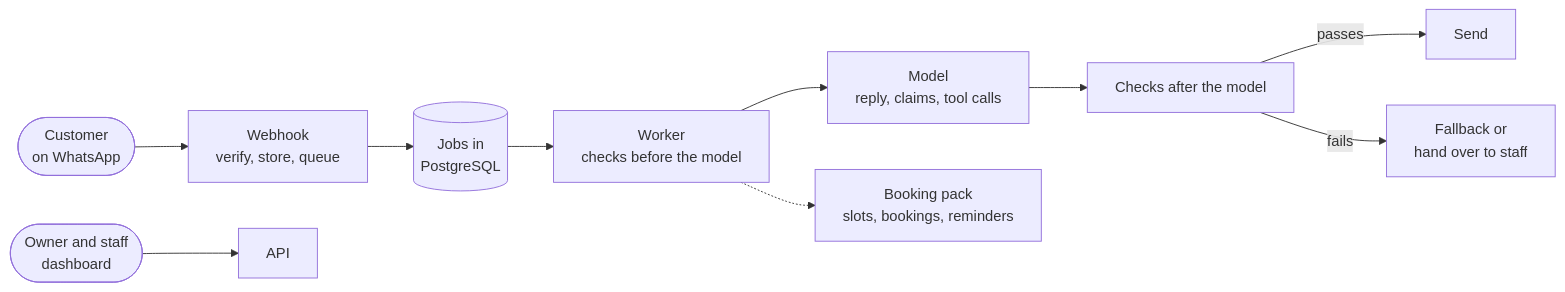
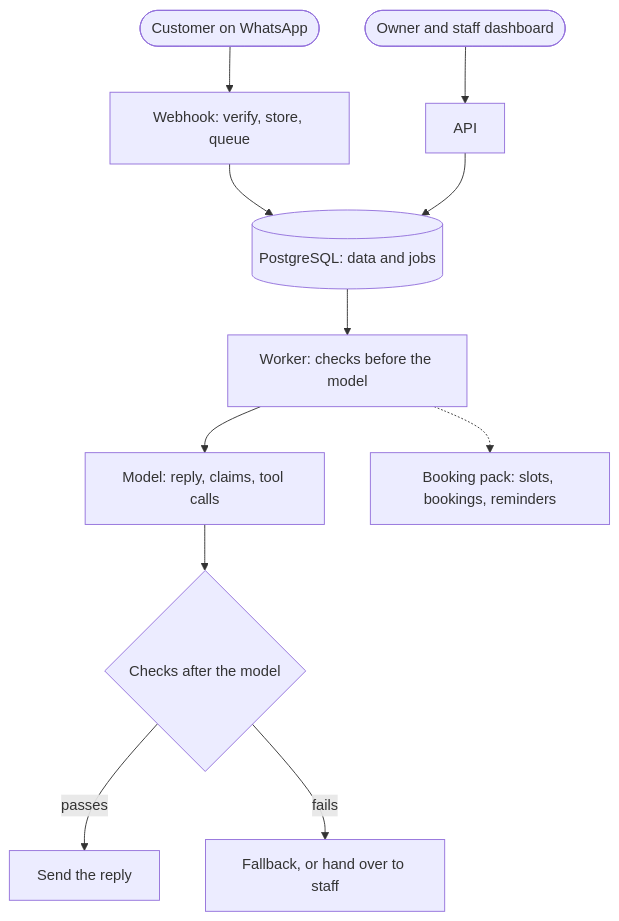
One commit to zishon89us/polyglot-sales-agent changed the diagram in README.md. Above: the diagram before and after it, drawn with Mermaid. The commit also changed other lines of this file, not shown here.

First line of the commit message:
docs: make the README example and diagram render on GitHub

````diff
--- a/README.md
+++ b/README.md
@@ -65,12 +67,13 @@
 ```mermaid
-flowchart LR
-    C(["Customer<br/>on WhatsApp"]) --> W["Webhook<br/>verify, store, queue"]
-    W --> Q[("Jobs in<br/>PostgreSQL")]
-    Q --> K["Worker<br/>checks before the model"]
-    K --> M["Model<br/>reply, claims, tool calls"]
-    M --> G["Checks after the model"]
-    G -->|passes| S["Send"]
-    G -->|fails| F["Fallback or<br/>hand over to staff"]
-    K -.-> P["Booking pack<br/>slots, bookings, reminders"]
-    D(["Owner and staff<br/>dashboard"]) --> A["API"]
+flowchart TB
+    C(["Customer on WhatsApp"]) --> W["Webhook: verify, store, queue"]
+    W --> Q[("PostgreSQL: data and jobs")]
+    Q --> K["Worker: checks before the model"]
+    K --> M["Model: reply, claims, tool calls"]
+    K -.-> P["Booking pack: slots, bookings, reminders"]
+    M --> G{"Checks after the model"}
+    G -->|passes| S["Send the reply"]
+    G -->|fails| F["Fallback, or hand over to staff"]
+    D(["Owner and staff dashboard"]) --> A["API"]
+    A --> Q
 ```
````
